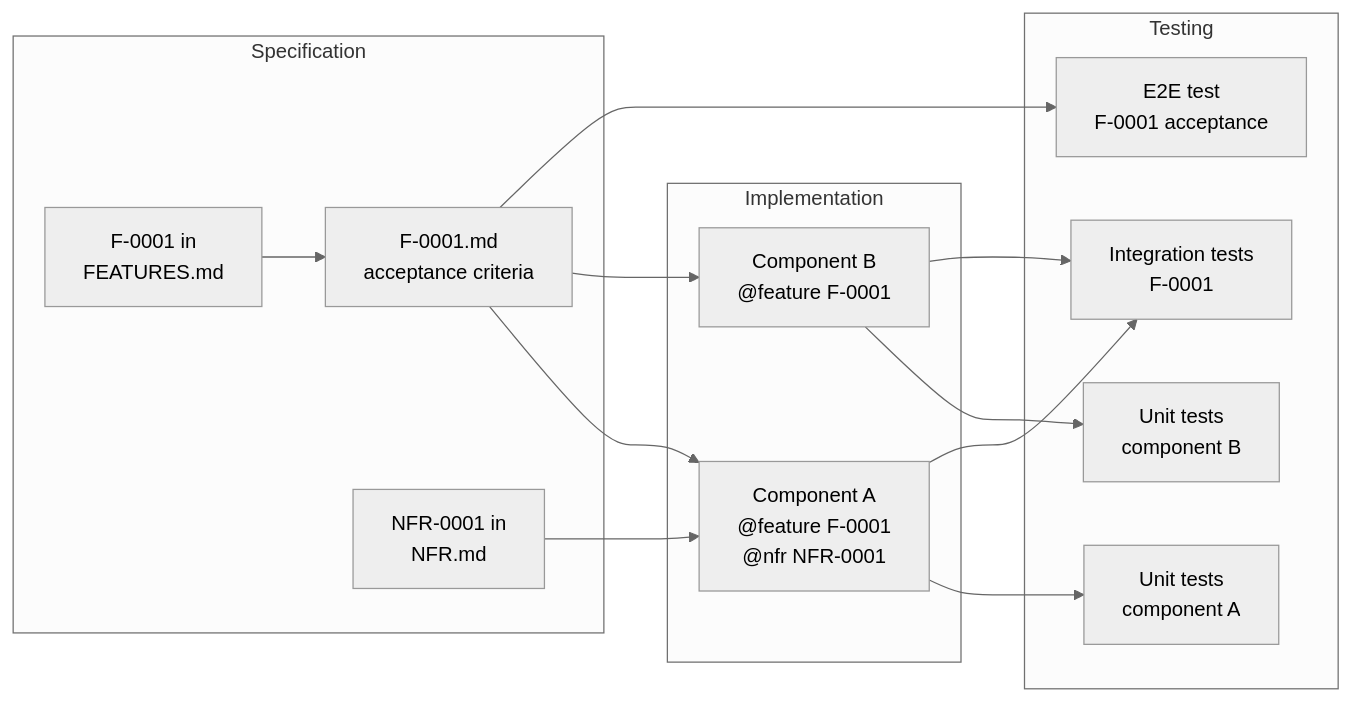
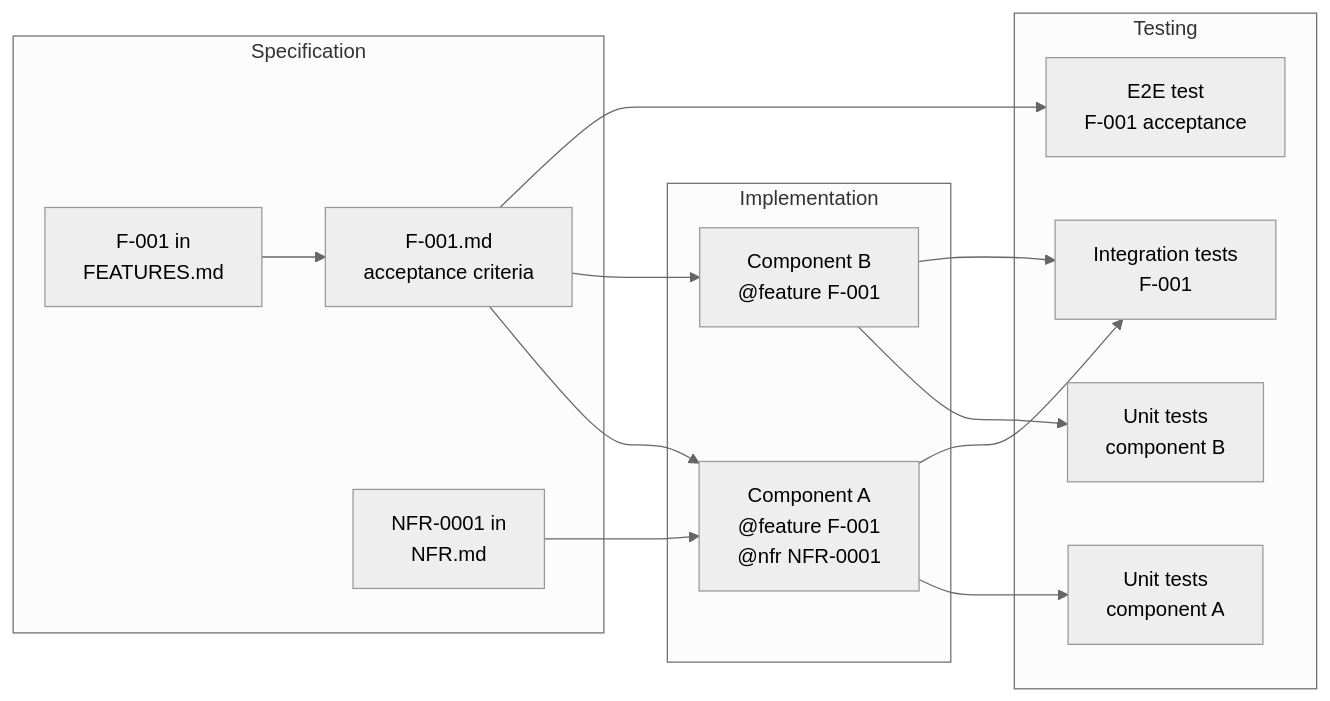
The seventh of 11 diagrams in .agentic/lib/FRAMEWORK_MAP.md (tomgun/agentic-framework), drawn with Mermaid (neutral theme) before and after one commit. The commit also changed 278 other files, not shown here.

````diff
--- a/.agentic/lib/FRAMEWORK_MAP.md
+++ b/.agentic/lib/FRAMEWORK_MAP.md
@@ -257,31 +257,31 @@
 ```mermaid
 graph LR
     subgraph specification [Specification]
-        F[F-0001 in<br/>FEATURES.md]
-        A[F-0001.md<br/>acceptance criteria]
+        F[F-001 in<br/>FEATURES.md]
+        A[F-001.md<br/>acceptance criteria]
         N[NFR-0001 in<br/>NFR.md]
     end
     
     subgraph implementation [Implementation]
-        C1[Component A<br/>@feature F-0001<br/>@nfr NFR-0001]
-        C2[Component B<br/>@feature F-0001]
+        C1[Component A<br/>@feature F-001<br/>@nfr NFR-0001]
+        C2[Component B<br/>@feature F-001]
     end
     
     subgraph testing [Testing]
         U1[Unit tests<br/>component A]
         U2[Unit tests<br/>component B]
-        I[Integration tests<br/>F-0001]
-        E[E2E test<br/>F-0001 acceptance]
+        I[Integration tests<br/>F-001]
+        E[E2E test<br/>F-001 acceptance]
     end
     
     F --> A
     A --> C1
     A --> C2
     N --> C1
     
     C1 --> U1
     C2 --> U2
     C1 --> I
     C2 --> I
     A --> E
 ```
````
